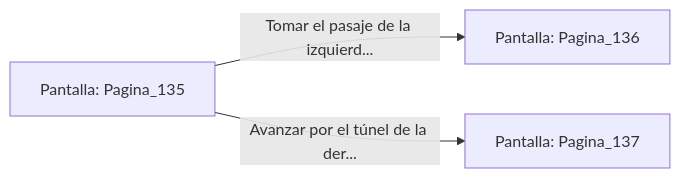
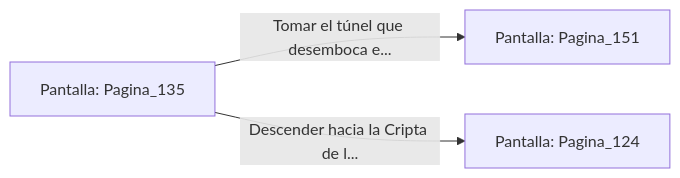
One commit to metsuke/mpl changed the diagram in sample/eligejuego-vault/Pantalla_Pagina_135.md. Above: the diagram before and after it, drawn with Mermaid. The commit also changed other lines of this file and 635 other files, not shown here.

First line of the commit message:
fix: añadir Pagina_1 como pantalla inicial en capitulo_01.mpl

````diff
--- a/sample/eligejuego-vault/Pantalla_Pagina_135.md
+++ b/sample/eligejuego-vault/Pantalla_Pagina_135.md
@@ -20,6 +24,6 @@
 ```mermaid
 graph LR
     P_Pagina_135["Pantalla: Pagina_135"]
-    P_Pagina_135 -->|"Tomar el pasaje de la izquierd..."| P_Pagina_136["Pantalla: Pagina_136"]
-    P_Pagina_135 -->|"Avanzar por el túnel de la der..."| P_Pagina_137["Pantalla: Pagina_137"]
+    P_Pagina_135 -->|"Tomar el túnel que desemboca e..."| P_Pagina_151["Pantalla: Pagina_151"]
+    P_Pagina_135 -->|"Descender hacia la Cripta de l..."| P_Pagina_124["Pantalla: Pagina_124"]
 ```
````
